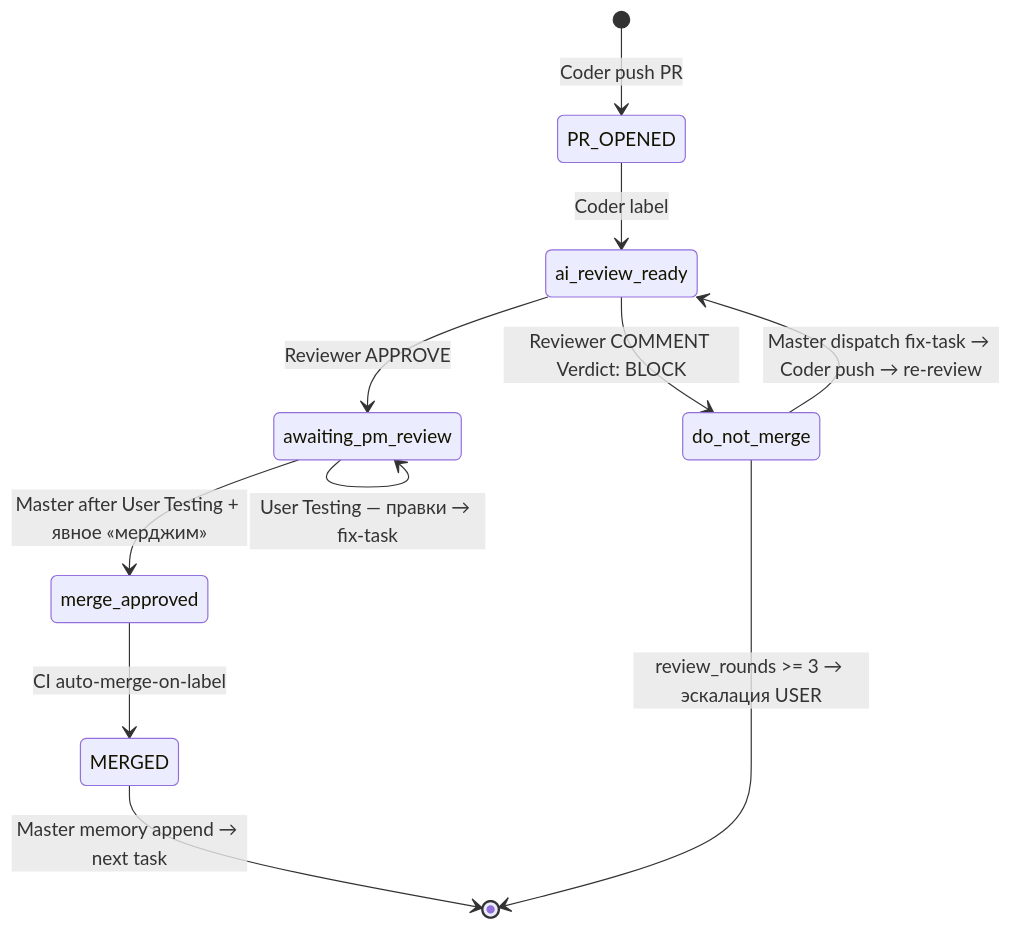
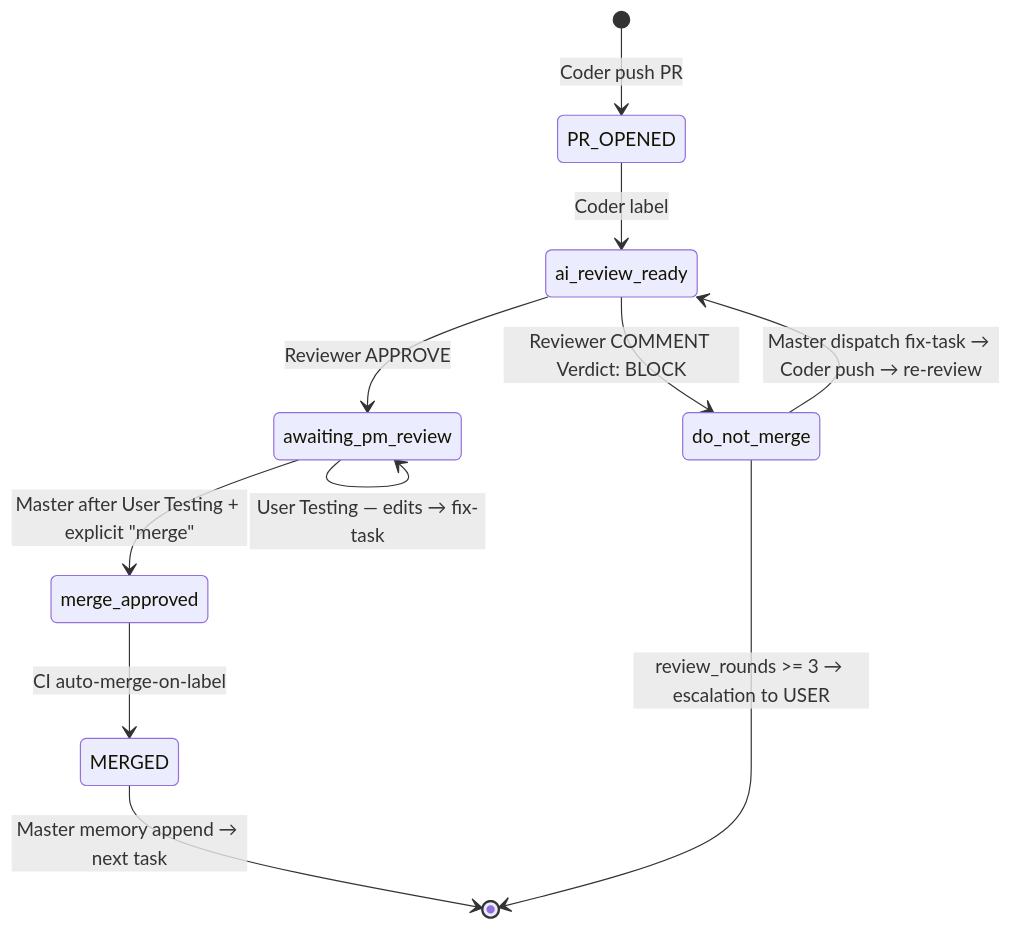
The diagram in .claude/agents/contracts.md (yaremenko-maksym/CheekyCheeseIT_CRM), drawn with Mermaid before and after one commit. The commit also changed other lines of this file and 25 other files, not shown here.

````diff
--- a/.claude/agents/contracts.md
+++ b/.claude/agents/contracts.md
@@ -37,13 +37,13 @@
 ```mermaid
 stateDiagram-v2
     [*] --> PR_OPENED: Coder push PR
     PR_OPENED --> ai_review_ready: Coder label
     ai_review_ready --> awaiting_pm_review: Reviewer APPROVE
     ai_review_ready --> do_not_merge: Reviewer COMMENT Verdict: BLOCK
     do_not_merge --> ai_review_ready: Master dispatch fix-task → Coder push → re-review
-    awaiting_pm_review --> merge_approved: Master after User Testing + явное «мерджим»
-    awaiting_pm_review --> awaiting_pm_review: User Testing — правки → fix-task
+    awaiting_pm_review --> merge_approved: Master after User Testing + explicit "merge"
+    awaiting_pm_review --> awaiting_pm_review: User Testing — edits → fix-task
     merge_approved --> MERGED: CI auto-merge-on-label
     MERGED --> [*]: Master memory append → next task
-    do_not_merge --> [*]: review_rounds >= 3 → эскалация USER
+    do_not_merge --> [*]: review_rounds >= 3 → escalation to USER
 ```
````
